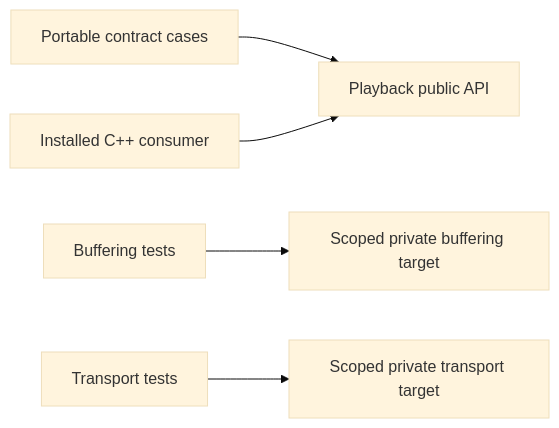
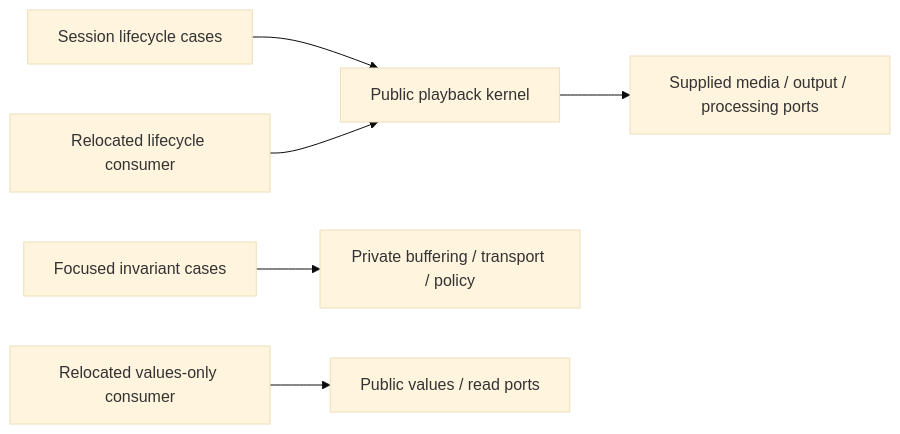
One commit to Vokerlee/wiola-player changed the diagram in src/core/playback/tests/README.md. Above: the diagram before and after it, drawn with Mermaid (base theme). The commit also changed other lines of this file and 46 other files, not shown here.

Commit message:
playback: export the complete owned kernel and its contracts

````diff
--- a/src/core/playback/tests/README.md
+++ b/src/core/playback/tests/README.md
@@ -5,7 +5,8 @@
 ```mermaid
 flowchart LR
-    Cases[Portable contract cases] --> API[Playback public API]
-    Consumer[Installed C++ consumer] --> API
-    Buffering[Buffering tests] --> Private[Scoped private buffering target]
-    Transport[Transport tests] --> Protocol[Scoped private transport target]
+    SessionCases[Session lifecycle cases] --> Kernel[Public playback kernel]
+    Internal[Focused invariant cases] --> Private[Private buffering / transport / policy]
+    APIConsumer[Relocated values-only consumer] --> API[Public values / read ports]
+    RuntimeConsumer[Relocated lifecycle consumer] --> Kernel
+    Kernel --> Ports[Supplied media / output / processing ports]
 ```
````
